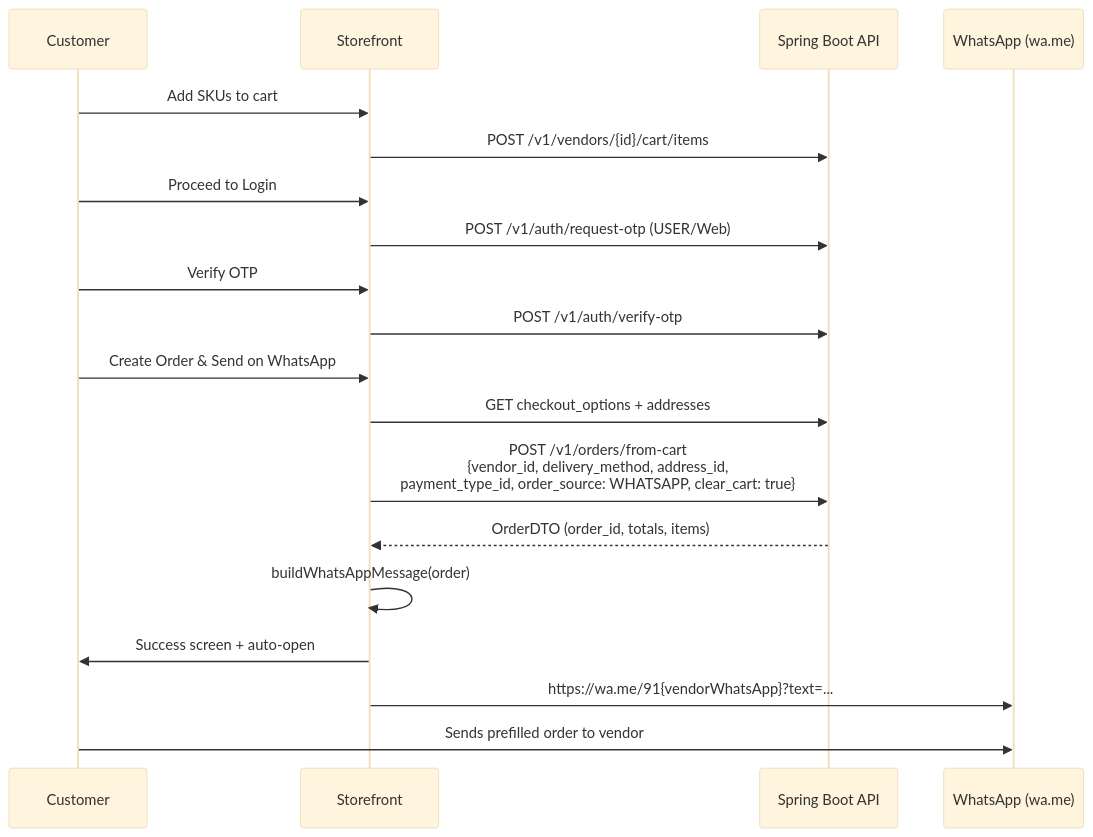
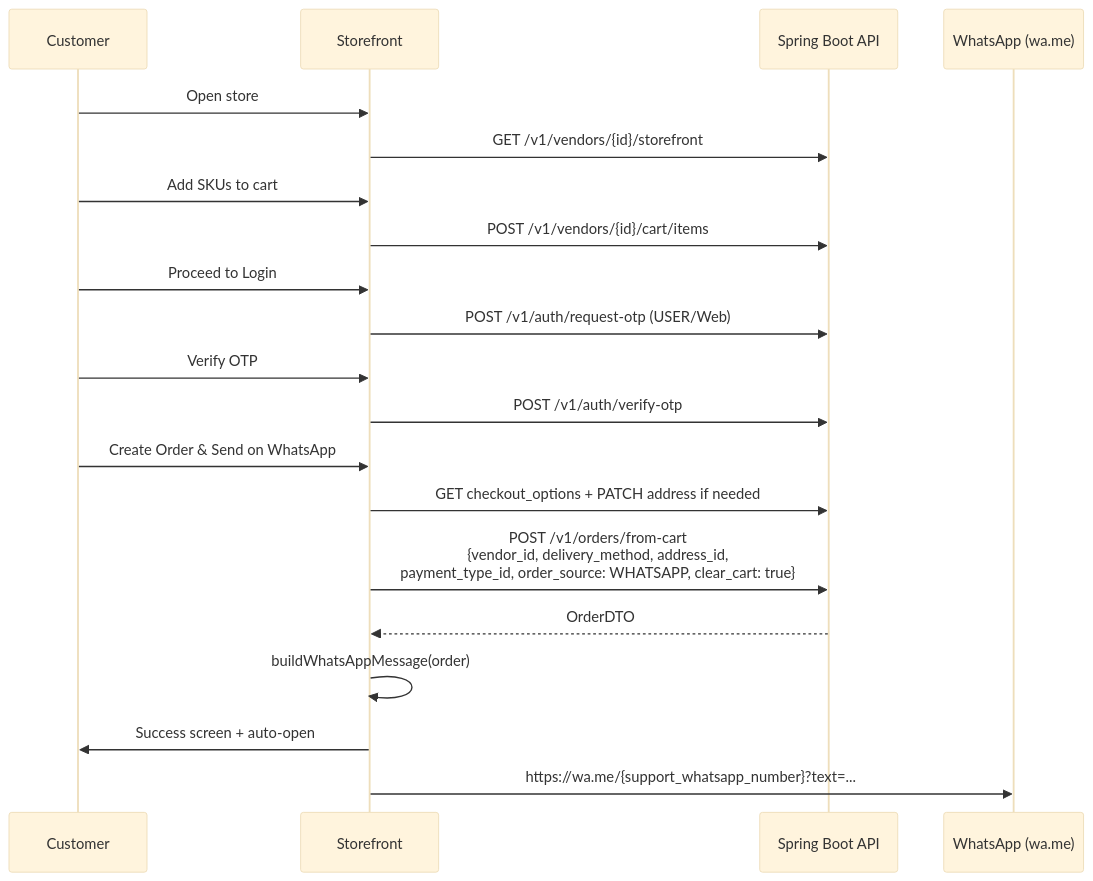
Before and after one commit to s713278/Website: the second of 3 diagrams in docs/MITHRADIRECT_SAAS_DESIGN.md, drawn with Mermaid (base theme). The commit also changed other lines of this file and 20 other files, not shown here.

````diff
--- a/docs/MITHRADIRECT_SAAS_DESIGN.md
+++ b/docs/MITHRADIRECT_SAAS_DESIGN.md
@@ -497,22 +526,23 @@
 ```mermaid
 sequenceDiagram
   participant C as Customer
   participant SF as Storefront
   participant API as Spring Boot API
   participant WA as WhatsApp (wa.me)
 
+  C->>SF: Open store
+  SF->>API: GET /v1/vendors/{id}/storefront
   C->>SF: Add SKUs to cart
   SF->>API: POST /v1/vendors/{id}/cart/items
   C->>SF: Proceed to Login
   SF->>API: POST /v1/auth/request-otp (USER/Web)
   C->>SF: Verify OTP
   SF->>API: POST /v1/auth/verify-otp
   C->>SF: Create Order & Send on WhatsApp
-  SF->>API: GET checkout_options + addresses
+  SF->>API: GET checkout_options + PATCH address if needed
   SF->>API: POST /v1/orders/from-cart<br/>{vendor_id, delivery_method, address_id,<br/>payment_type_id, order_source: WHATSAPP, clear_cart: true}
-  API-->>SF: OrderDTO (order_id, totals, items)
+  API-->>SF: OrderDTO
   SF->>SF: buildWhatsAppMessage(order)
   SF->>C: Success screen + auto-open
-  SF->>WA: https://wa.me/91{vendorWhatsApp}?text=...
-  C->>WA: Sends prefilled order to vendor
+  SF->>WA: https://wa.me/{support_whatsapp_number}?text=...
 ```
````
